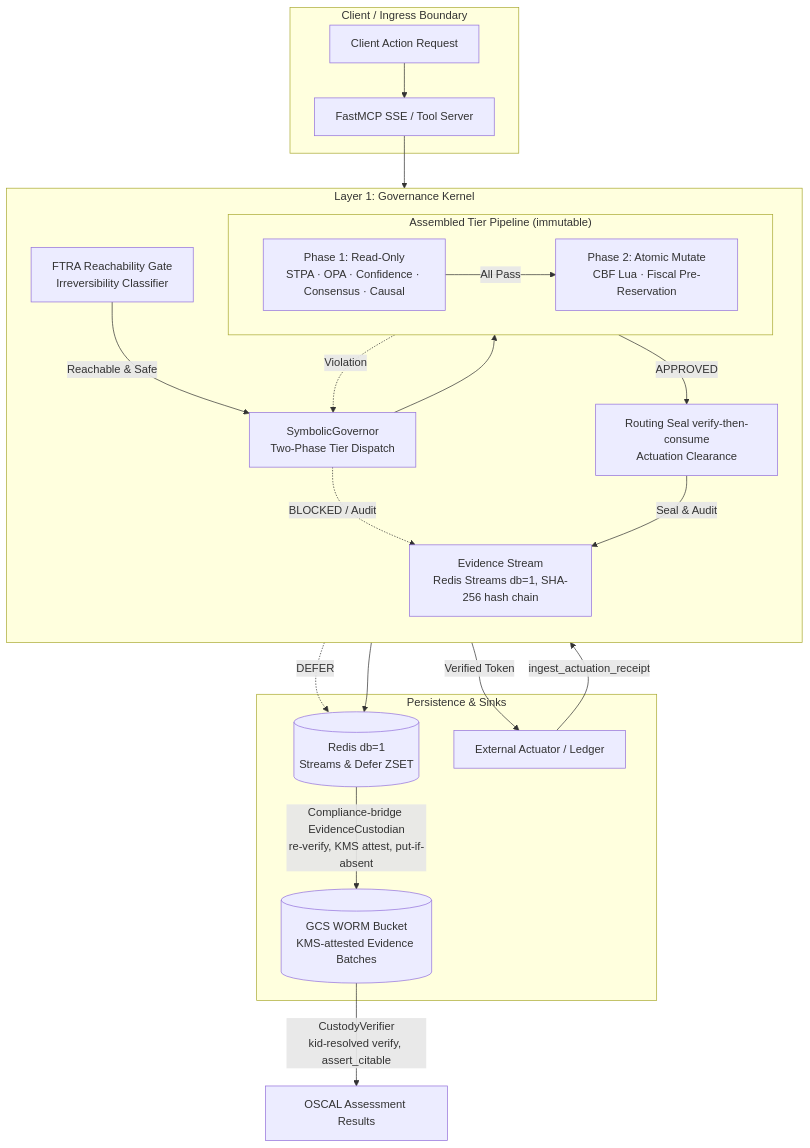
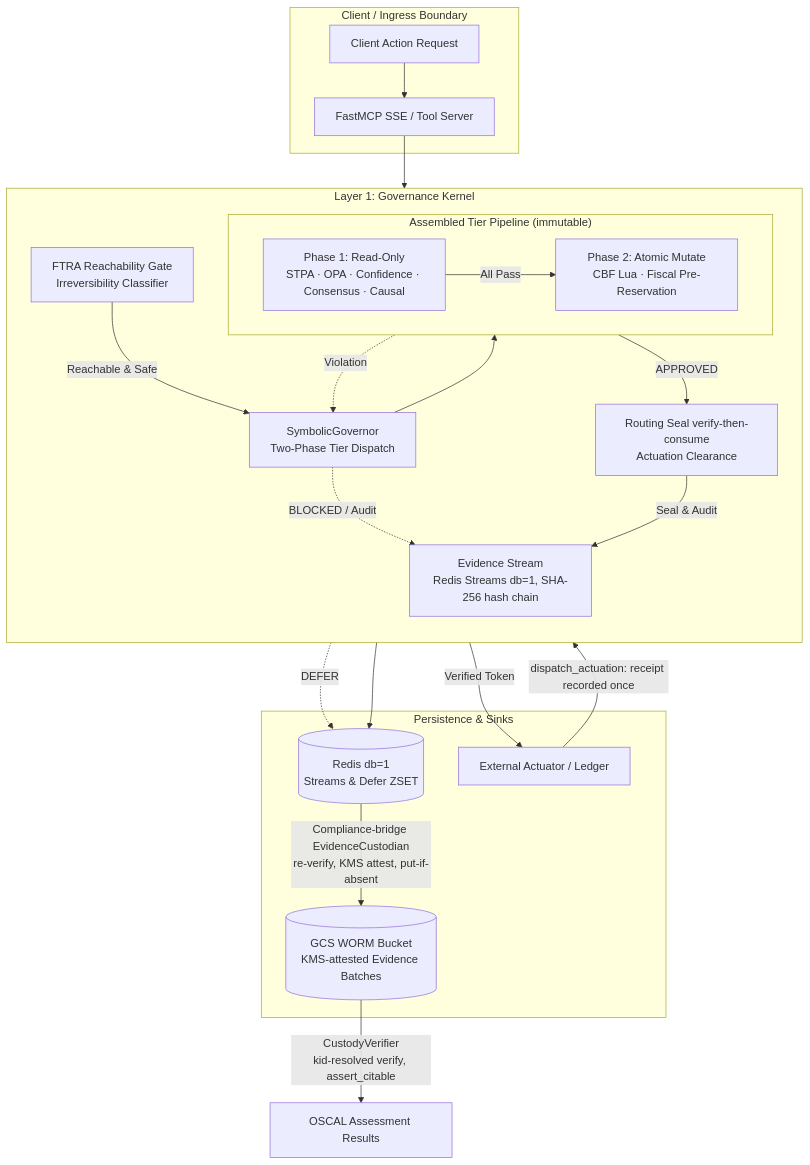
Before and after one commit to google/cybernetic-agent-governance-engine: the first of 2 diagrams in docs/architecture/ARCHITECTURE.md, drawn with Mermaid. The commit also changed other lines of this file and 45 other files, not shown here.

````diff
--- a/docs/architecture/ARCHITECTURE.md
+++ b/docs/architecture/ARCHITECTURE.md
@@ -78,44 +78,44 @@
 ```mermaid
 graph TB
     subgraph INGRESS["Client / Ingress Boundary"]
         REQ[Client Action Request]
         MCP[FastMCP SSE / Tool Server]
     end
 
     subgraph KERNEL["Layer 1: Governance Kernel"]
         direction TB
         FTRA["FTRA Reachability Gate<br/>Irreversibility Classifier"]
         SYM["SymbolicGovernor<br/>Two-Phase Tier Dispatch"]
 
         subgraph TIERS["Assembled Tier Pipeline (immutable)"]
             direction LR
             P1["Phase 1: Read-Only<br/>STPA · OPA · Confidence · Consensus · Causal"]
             P2["Phase 2: Atomic Mutate<br/>CBF Lua · Fiscal Pre-Reservation"]
             P1 -->|All Pass| P2
         end
 
         CQG["Routing Seal verify-then-consume<br/>Actuation Clearance"]
         EVID["Evidence Stream<br/>Redis Streams db=1, SHA-256 hash chain"]
     end
 
     subgraph STORAGE["Persistence & Sinks"]
         R_HOT[(Redis db=1<br/>Streams & Defer ZSET)]
         CH_COLD[(GCS WORM Bucket<br/>KMS-attested Evidence Batches)]
         ACTUATOR["External Actuator / Ledger"]
     end
 
     REQ --> MCP
     MCP --> FTRA
     FTRA -->|Reachable & Safe| SYM
     SYM --> TIERS
     TIERS -->|APPROVED| CQG
     TIERS -.->|Violation| SYM
     SYM -.->|DEFER| R_HOT
     SYM -.->|BLOCKED / Audit| EVID
     CQG -->|Verified Token| ACTUATOR
     CQG -->|Seal & Audit| EVID
-    ACTUATOR -->|ingest_actuation_receipt| EVID
+    ACTUATOR -->|dispatch_actuation: receipt recorded once| EVID
     EVID --> R_HOT
     R_HOT -->|Compliance-bridge EvidenceCustodian<br/>re-verify, KMS attest, put-if-absent| CH_COLD
     CH_COLD -->|CustodyVerifier<br/>kid-resolved verify, assert_citable| OSCAL_CITE[OSCAL Assessment Results]
 ```
````
